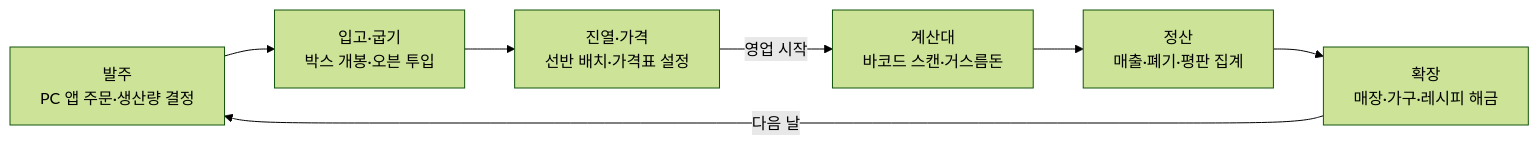
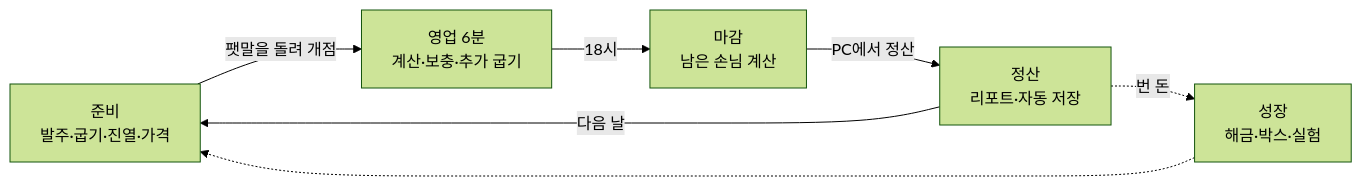
One commit to SeanKim0719/bakery-shop-simulator changed the diagram in docs/GDD.md. Above: the diagram before and after it, drawn with Mermaid (forest theme). The commit also changed other lines of this file and 43 other files, not shown here.

````diff
--- a/docs/GDD.md
+++ b/docs/GDD.md
@@ -25,9 +41,9 @@
 ```mermaid
 flowchart LR
-    A[발주<br/>PC 앱 주문·생산량 결정] --> B[입고·굽기<br/>박스 개봉·오븐 투입]
-    B --> C[진열·가격<br/>선반 배치·가격표 설정]
-    C -->|영업 시작| D[계산대<br/>바코드 스캔·거스름돈]
-    D --> E[정산<br/>매출·폐기·평판 집계]
-    E --> F[확장<br/>매장·가구·레시피 해금]
-    F -->|다음 날| A
+    A[준비<br/>발주·굽기·진열·가격] -->|팻말을 돌려 개점| B[영업 6분<br/>계산·보충·추가 굽기]
+    B -->|18시| C[마감<br/>남은 손님 계산]
+    C -->|PC에서 정산| D[정산<br/>리포트·자동 저장]
+    D -->|다음 날| A
+    D -.->|번 돈| E[성장<br/>해금·박스·실험]
+    E -.-> A
 ```
````
